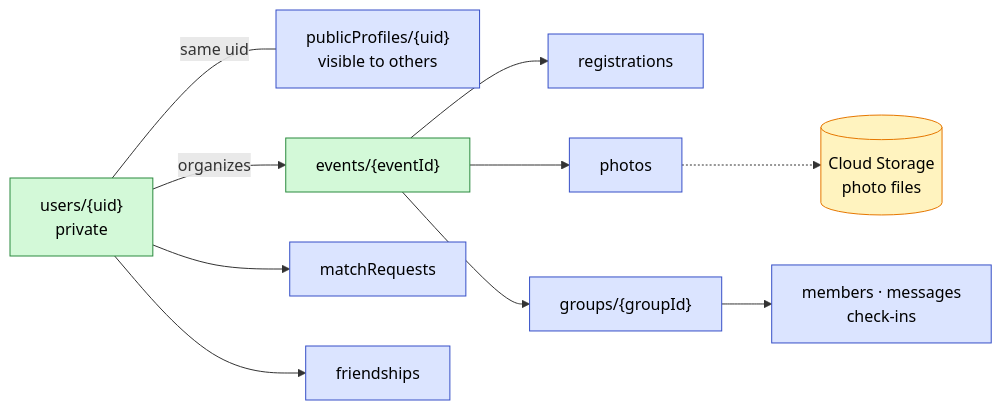
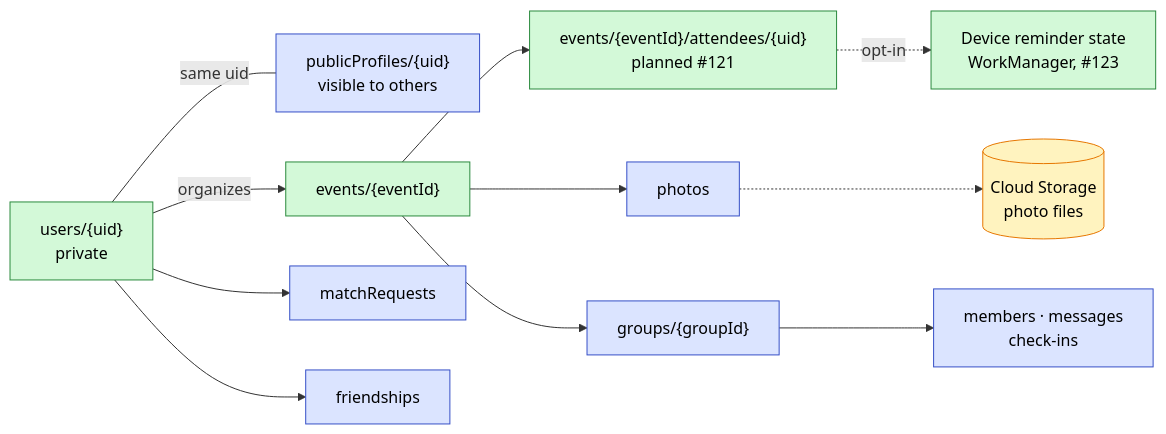
One commit to swent-polysocial/PolySocial changed diagram 11 of 11 in docs/Architecture-Diagram.md. Above: the diagram before and after it, drawn with Mermaid. The commit also changed other lines of this file and 3 other files, not shown here.

First line of the commit message:
docs: map the sprint 2 architecture

````diff
--- a/docs/Architecture-Diagram.md
+++ b/docs/Architecture-Diagram.md
@@ -307,27 +319,29 @@
 ```mermaid
 flowchart LR
   classDef s1 fill:#d3f9d8,stroke:#2b8a3e,color:#000
   classDef pb fill:#dbe4ff,stroke:#364fc7,color:#000
   classDef ext fill:#fff3bf,stroke:#e67700,color:#000
 
   users["users/{uid}<br/>private"]:::s1
   pub["publicProfiles/{uid}<br/>visible to others"]:::pb
   events["events/{eventId}"]:::s1
-  reg["registrations"]:::pb
+  reg["events/{eventId}/attendees/{uid}<br/>planned #121"]:::s1
+  reminders["Device reminder state<br/>WorkManager, #123"]:::s1
   photos["photos"]:::pb
   groups["groups/{groupId}"]:::pb
   sub["members · messages<br/>check-ins"]:::pb
   mreq["matchRequests"]:::pb
   friends["friendships"]:::pb
   storage[("Cloud Storage<br/>photo files")]:::ext
 
   users --- |"same uid"| pub
   users -->|"organizes"| events
   events --> reg
+  reg -. opt-in .-> reminders
   events --> photos
   photos -.-> storage
   events --> groups
   groups --> sub
   users --> mreq
   users --> friends
 ```
````
